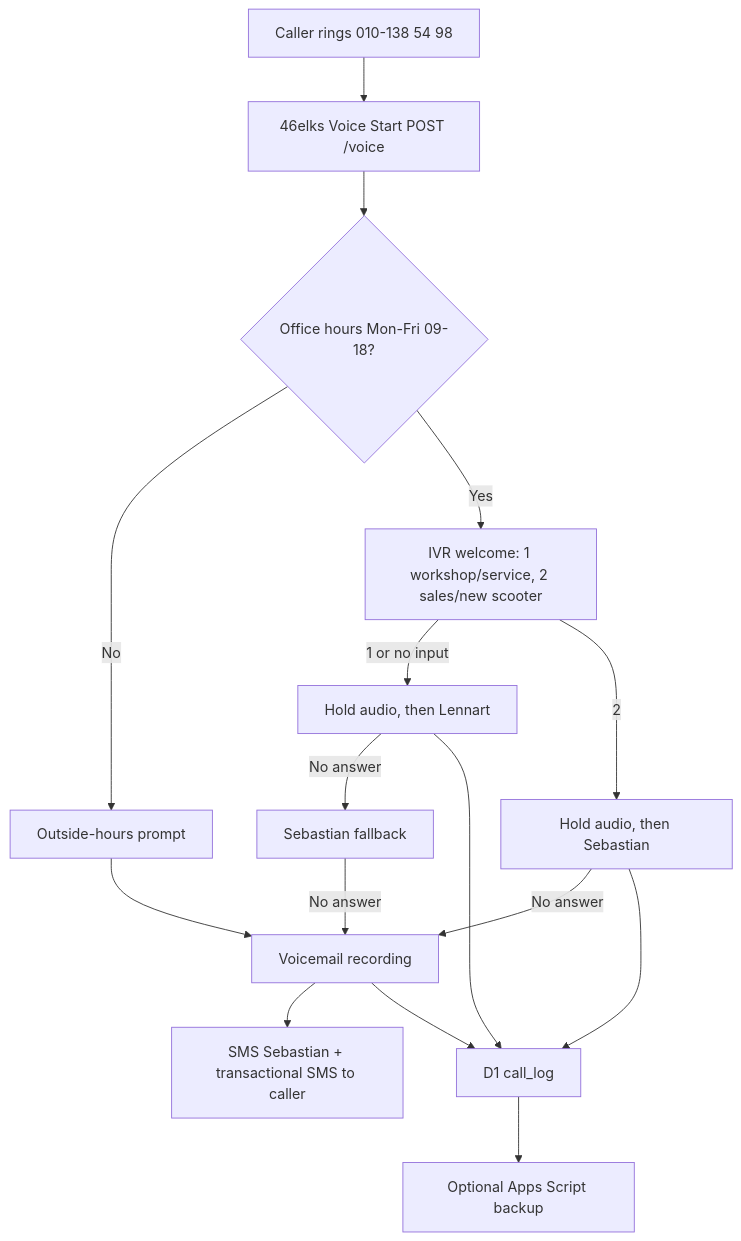
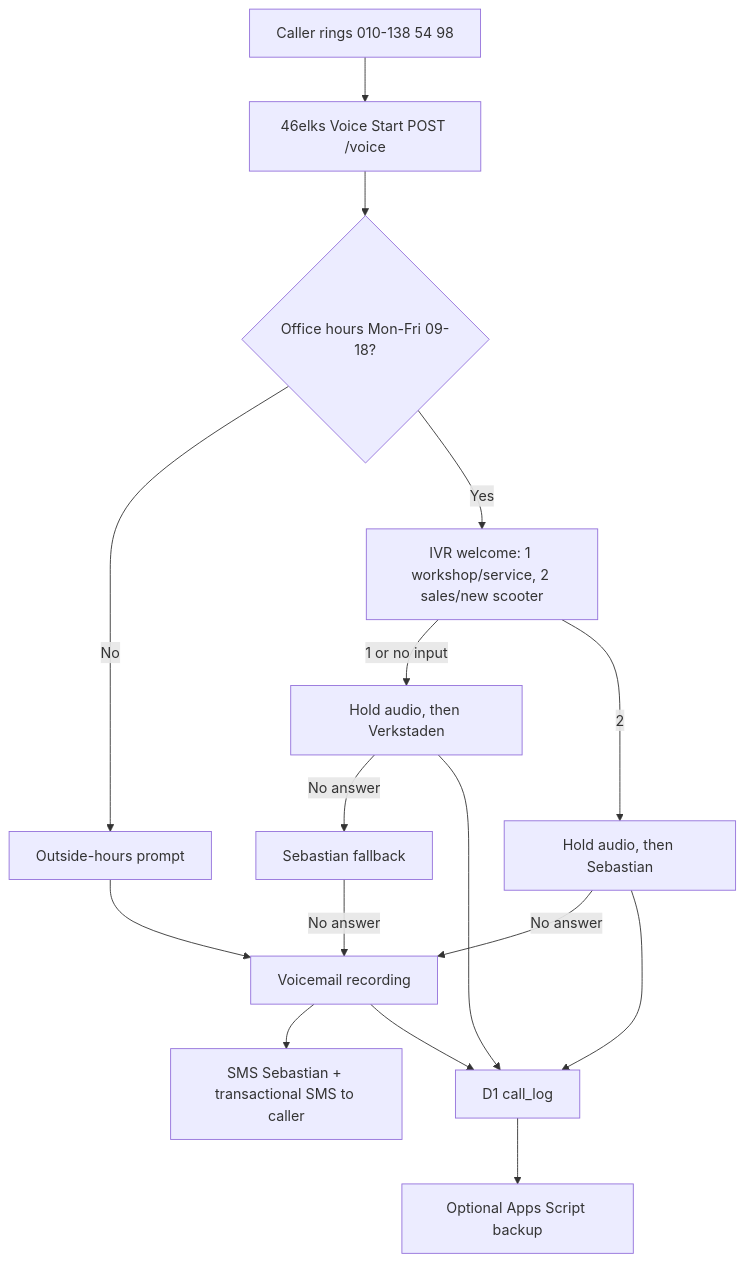
One commit to Litooo88/tubular-licorice-2179de changed the diagram in nemob-callflow/README.md. Above: the diagram before and after it, drawn with Mermaid. The commit also changed other lines of this file and 26 other files, not shown here.

````diff
--- a/nemob-callflow/README.md
+++ b/nemob-callflow/README.md
@@ -13,18 +13,18 @@
 ```mermaid
 flowchart TD
   A["Caller rings 010-138 54 98"] --> B["46elks Voice Start POST /voice"]
   B --> C{"Office hours Mon-Fri 09-18?"}
   C -- "No" --> V["Outside-hours prompt"]
   V --> R["Voicemail recording"]
   C -- "Yes" --> I["IVR welcome: 1 workshop/service, 2 sales/new scooter"]
-  I -- "1 or no input" --> L["Hold audio, then Lennart"]
+  I -- "1 or no input" --> L["Hold audio, then Verkstaden"]
   I -- "2" --> S["Hold audio, then Sebastian"]
   L -- "No answer" --> SF["Sebastian fallback"]
   S -- "No answer" --> R
   SF -- "No answer" --> R
   R --> N["SMS Sebastian + transactional SMS to caller"]
   S --> D1["D1 call_log"]
   L --> D1
   R --> D1
   D1 --> AS["Optional Apps Script backup"]
 ```
````
